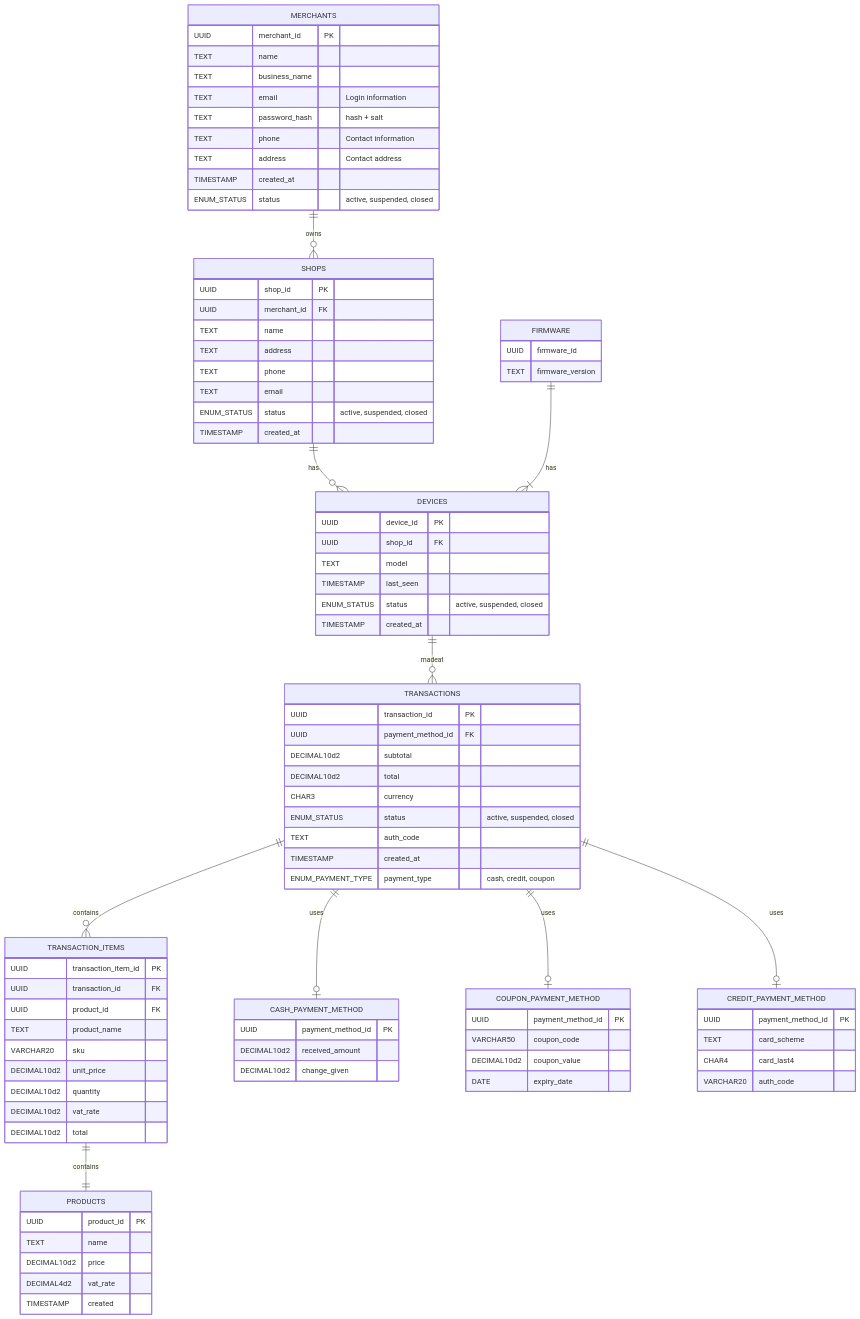
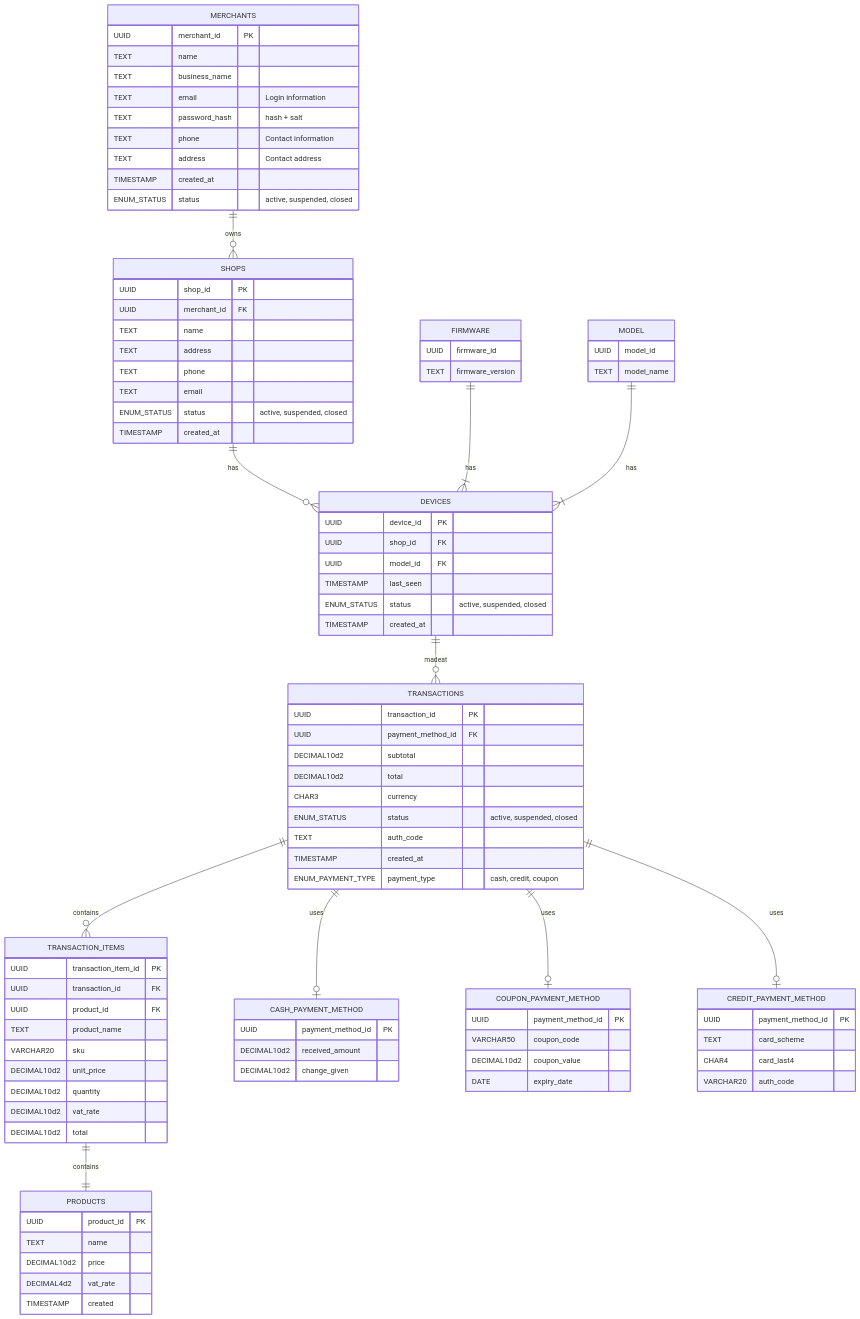
Before and after one commit to Jedsam/salesReportApp: the diagram in backend_database.md, drawn with Mermaid. The commit also changed 1 other file, not shown here.

Commit message:
updated backend database design to include model class

````diff
--- a/backend_database.md
+++ b/backend_database.md
@@ -25,10 +25,14 @@
 DEVICES {
 UUID device_id PK
 UUID shop_id FK
-TEXT model
+UUID model_id FK
 TIMESTAMP last_seen
 ENUM_STATUS status "active, suspended, closed"
 TIMESTAMP created_at
+}
+MODEL {
+UUID model_id
+TEXT model_name
 }
 FIRMWARE {
 UUID firmware_id
@@ -91,5 +95,6 @@
 MERCHANTS ||--o{ SHOPS : owns
 SHOPS ||--o{ DEVICES : has
 FIRMWARE ||--|{ DEVICES : has
+MODEL ||--|{ DEVICES : has
 DEVICES ||--o{ TRANSACTIONS : madeat
 ```
````
